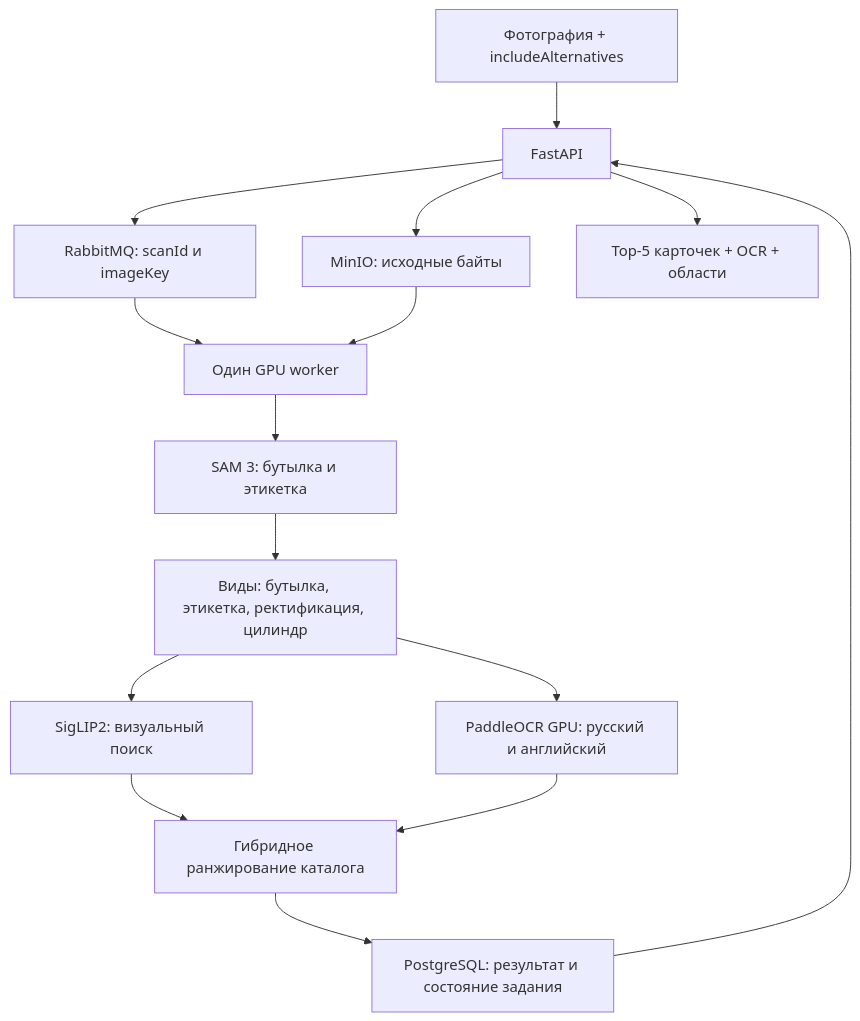
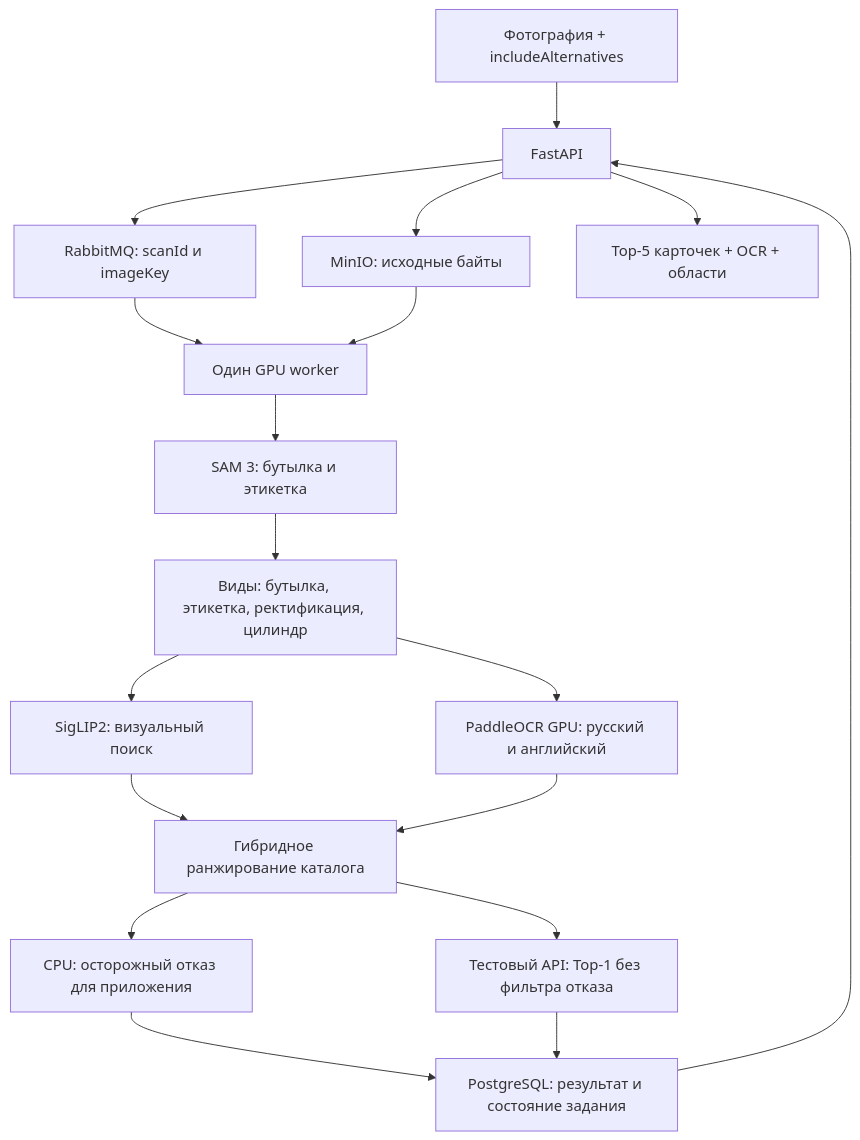
Before and after one commit to sudo00/champions_rshb: the diagram in docs/API_RECOGNITION.md, drawn with Mermaid. The commit also changed other lines of this file and 27 other files, not shown here.

````diff
--- a/docs/API_RECOGNITION.md
+++ b/docs/API_RECOGNITION.md
@@ -5,17 +5,20 @@
 ```mermaid
 flowchart TD
     P[Фотография + includeAlternatives] --> A[FastAPI]
     A --> S[MinIO: исходные байты]
     A --> Q[RabbitMQ: scanId и imageKey]
     Q --> W[Один GPU worker]
     S --> W
     W --> SAM[SAM 3: бутылка и этикетка]
     SAM --> V[Виды: бутылка, этикетка, ректификация, цилиндр]
     V --> E[SigLIP2: визуальный поиск]
     V --> O[PaddleOCR GPU: русский и английский]
     E --> R[Гибридное ранжирование каталога]
     O --> R
-    R --> D[PostgreSQL: результат и состояние задания]
+    R --> F[CPU: осторожный отказ для приложения]
+    F --> D[PostgreSQL: результат и состояние задания]
+    R --> T[Тестовый API: Top-1 без фильтра отказа]
+    T --> D
     D --> A
     A --> C[Top-5 карточек + OCR + области]
 ```
````
